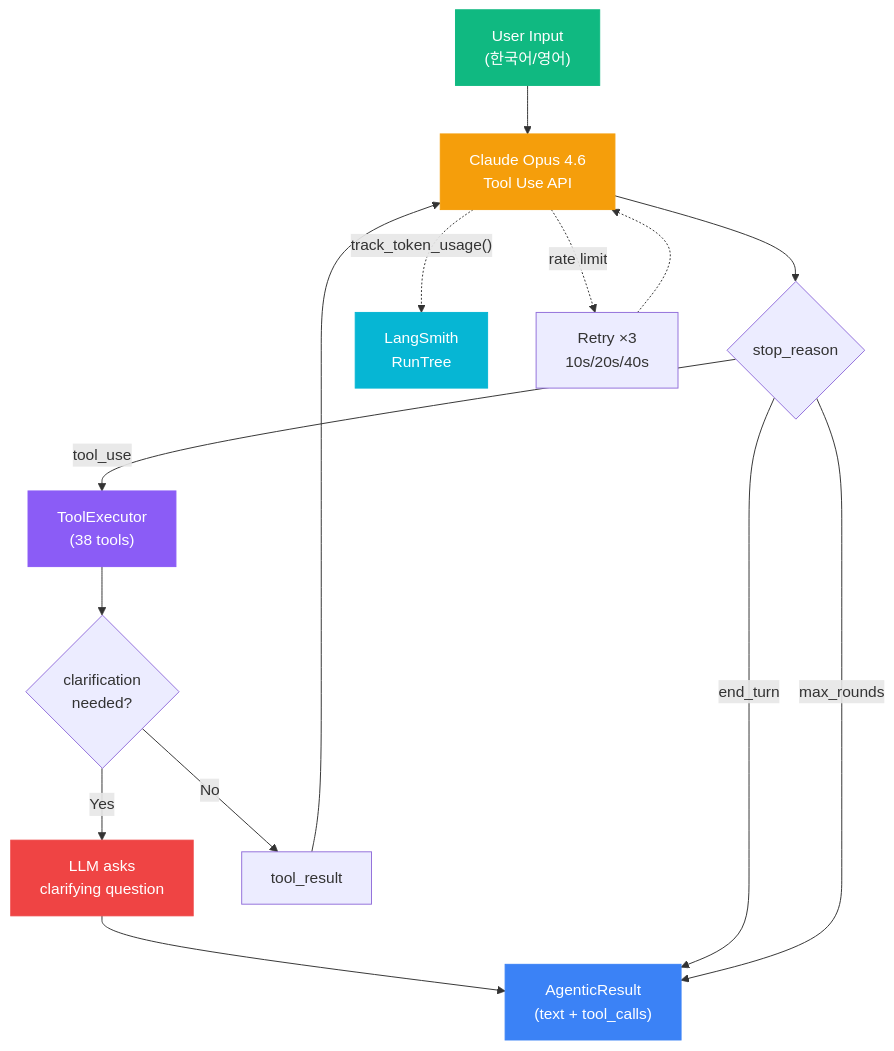
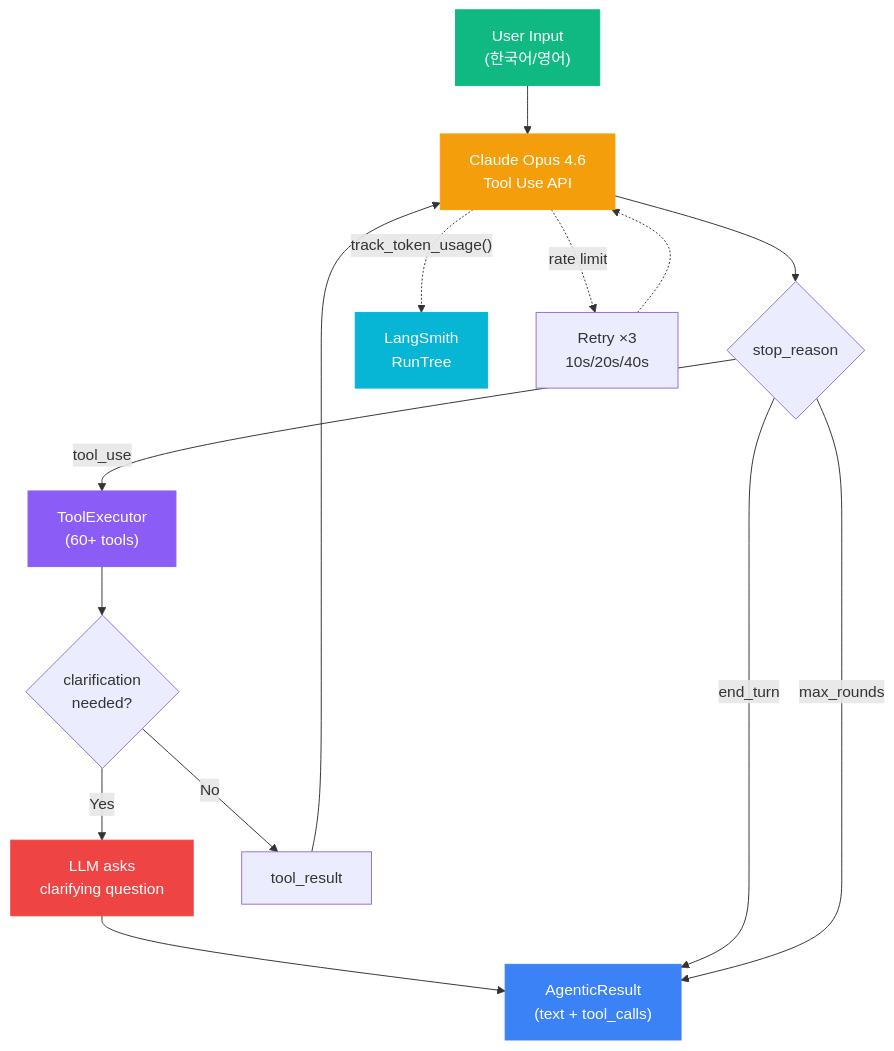
The third of 15 diagrams in README.md (mangowhoiscloud/geode), drawn with Mermaid before and after one commit. The commit also changed other lines of this file, not shown here.

````diff
--- a/README.md
+++ b/README.md
@@ -175,24 +176,24 @@
 ```mermaid
 graph TB
     Input["User Input<br/>(한국어/영어)"] --> LLM["Claude Opus 4.6<br/>Tool Use API"]
     LLM --> Decision{stop_reason}
-    Decision -->|tool_use| Exec["ToolExecutor<br/>(38 tools)"]
+    Decision -->|tool_use| Exec["ToolExecutor<br/>(60+ tools)"]
     Exec --> Check{clarification<br/>needed?}
     Check -->|Yes| Clarify["LLM asks<br/>clarifying question"]
     Clarify --> Output
     Check -->|No| Results["tool_result"]
     Results --> LLM
     Decision -->|end_turn| Output["AgenticResult<br/>(text + tool_calls)"]
     Decision -->|max_rounds| Output
 
     LLM -.->|"track_token_usage()"| LS["LangSmith<br/>RunTree"]
     LLM -.->|"rate limit"| Retry["Retry ×3<br/>10s/20s/40s"]
     Retry -.-> LLM
 
     style Input fill:#10b981,stroke:#10b981,color:#fff
     style Output fill:#3b82f6,stroke:#3b82f6,color:#fff
     style LLM fill:#f59e0b,stroke:#f59e0b,color:#fff
     style Exec fill:#8b5cf6,stroke:#8b5cf6,color:#fff
     style LS fill:#06b6d4,stroke:#06b6d4,color:#fff
     style Clarify fill:#ef4444,stroke:#ef4444,color:#fff
 ```
````
